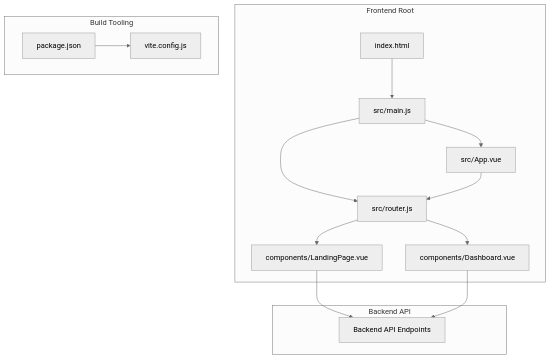
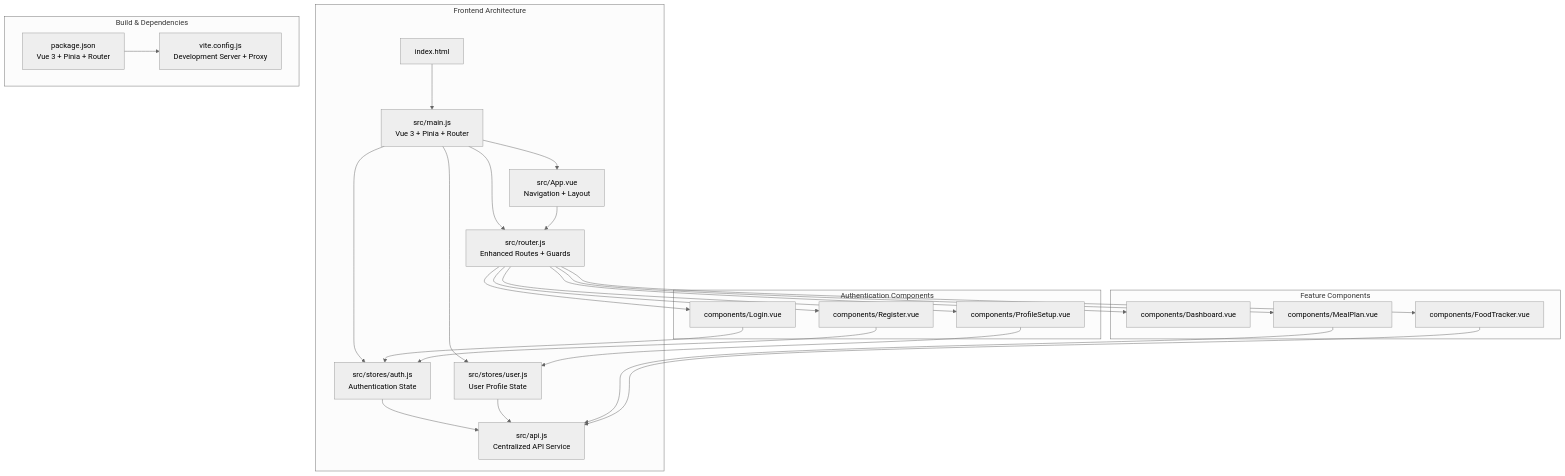
The first of 3 diagrams in .qoder/repowiki/en/content/Frontend Application/Vue.js Application Architecture.md (hsarjun04-netizen/NUTRICooACH), drawn with Mermaid (neutral theme) before and after one commit. The commit also changed other lines of this file and 7 other files, not shown here.

Commit message:
Add Export My Data feature - download all user data as JSON

````diff
--- a/.qoder/repowiki/en/content/Frontend Application/Vue.js Application Architecture.md
+++ b/.qoder/repowiki/en/content/Frontend Application/Vue.js Application Architecture.md
@@ -33,27 +51,46 @@
 ```mermaid
 graph TB
-subgraph "Frontend Root"
+subgraph "Frontend Architecture"
 HTML["index.html"]
-MAIN["src/main.js"]
-APP["src/App.vue"]
-ROUTER["src/router.js"]
-LP["components/LandingPage.vue"]
-DASH["components/Dashboard.vue"]
+MAIN["src/main.js<br/>Vue 3 + Pinia + Router"]
+APP["src/App.vue<br/>Navigation + Layout"]
+ROUTER["src/router.js<br/>Enhanced Routes + Guards"]
+AUTHSTORE["src/stores/auth.js<br/>Authentication State"]
+USERSTORE["src/stores/user.js<br/>User Profile State"]
+API["src/api.js<br/>Centralized API Service"]
 end
-subgraph "Build Tooling"
-PKG["package.json"]
-VCFG["vite.config.js"]
+subgraph "Authentication Components"
+LOGIN["components/Login.vue"]
+REGISTER["components/Register.vue"]
+PROFILE["components/ProfileSetup.vue"]
 end
-subgraph "Backend API"
-API["Backend API Endpoints"]
+subgraph "Feature Components"
+DASHBOARD["components/Dashboard.vue"]
+MEALPLAN["components/MealPlan.vue"]
+TRACKER["components/FoodTracker.vue"]
+end
+subgraph "Build & Dependencies"
+PKG["package.json<br/>Vue 3 + Pinia + Router"]
+VCFG["vite.config.js<br/>Development Server + Proxy"]
 end
 HTML --> MAIN
 MAIN --> APP
 MAIN --> ROUTER
+MAIN --> AUTHSTORE
+MAIN --> USERSTORE
 APP --> ROUTER
-ROUTER --> LP
-ROUTER --> DASH
-LP --> API
-DASH --> API
+ROUTER --> LOGIN
+ROUTER --> REGISTER
+ROUTER --> PROFILE
+ROUTER --> DASHBOARD
+ROUTER --> MEALPLAN
+ROUTER --> TRACKER
+AUTHSTORE --> API
+USERSTORE --> API
+LOGIN --> AUTHSTORE
+REGISTER --> AUTHSTORE
+PROFILE --> USERSTORE
+MEALPLAN --> API
+TRACKER --> API
 PKG --> VCFG
 ```
````
